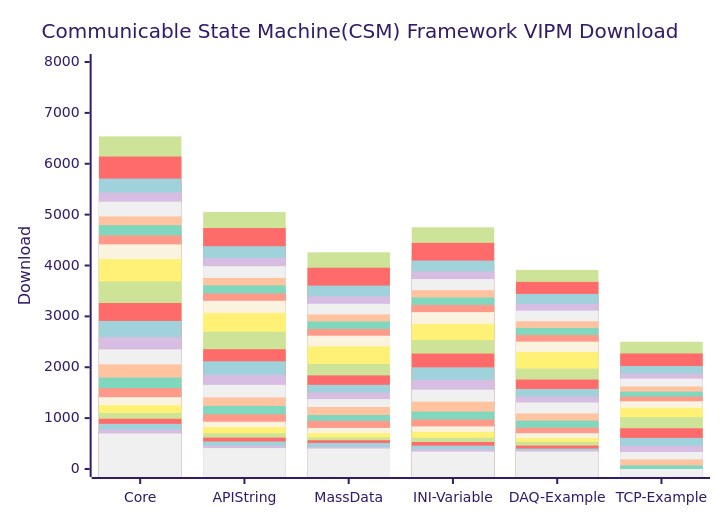
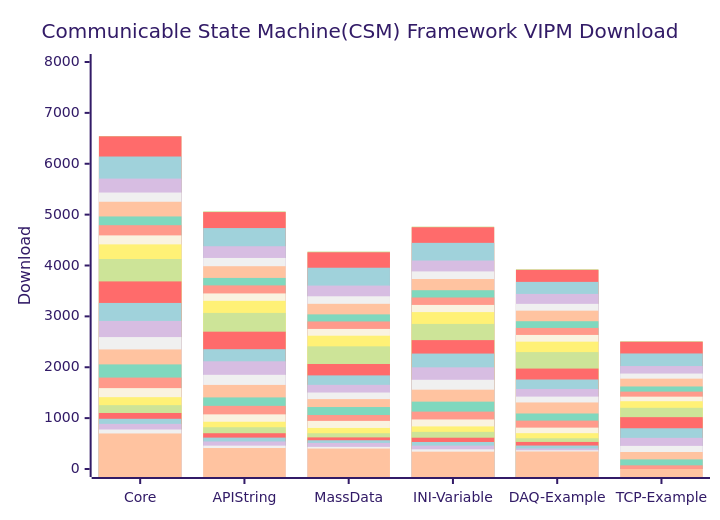
One commit to NEVSTOP-LAB/.github changed the diagram in profile/README.md. Above: the diagram before and after it, drawn with Mermaid (forest theme).

Commit message:
chore: update VIPM download counts

````diff
--- a/profile/README.md
+++ b/profile/README.md
@@ -38,31 +38,32 @@
 ```mermaid
     xychart-beta
     title "Communicable State Machine(CSM) Framework VIPM Download"
     x-axis [Core, API String, MassData, INI-Variable, DAQ-Example, TCP-Example]
     y-axis "Download" 0 --> 8000
+    bar   [6545, 5065, 4275, 4765, 3927, 2512, 2026.06]
     bar   [6538, 5050, 4260, 4752, 3914, 2501, 2026.05]
     bar   [6142, 4736, 3956, 4445, 3678, 2271, 2026.04]
     bar   [5708, 4379, 3605, 4097, 3441, 2024, 2026.03]
     bar   [5434, 4148, 3395, 3884, 3246, 1876, 2026.02]
     bar   [5253, 3986, 3247, 3734, 3112, 1776, 2026.01]
     bar   [4964, 3756, 3039, 3514, 2905, 1622, 2025.12]
     bar   [4792, 3609, 2900, 3371, 2773, 1521, 2025.11]
     bar   [4592, 3451, 2753, 3225, 2635, 1422, 2025.10]
     bar   [4415, 3306, 2620, 3084, 2503, 1332, 2025.09]
     bar   [4128, 3068, 2411, 2852, 2298, 1203, 2025.08]
     bar   [3687, 2699, 2064, 2533, 1974, 1019, 2025.07]
     bar   [3264, 2355, 1840, 2269, 1759, 801, 2025.06]
     bar   [2910, 2117, 1654, 1998, 1573, 612, 2025.05]
     bar   [2593, 1851, 1503, 1753, 1423, 454, 2025.04]
     bar   [2350, 1653, 1374, 1559, 1308, 334, 2025.03]
     bar   [2056, 1407, 1218, 1324, 1091, 189, 2025.02]
     bar   [1797, 1241, 1061, 1128, 951, 72, 2025.01]
     bar   [1590, 1074, 945, 974, 813, 0, 2024.12]
     bar   [1412, 929, 807, 837, 704, 0, 2024.11]
     bar   [1255, 821, 703, 730, 604, 0, 2024.10]
     bar   [1101, 703, 621, 615, 532, 0, 2024.09]
     bar   [987, 617, 565, 531, 461, 0, 2024.08]
     bar   [887, 541, 512, 459, 402, 0, 2024.07]
     bar   [776, 459, 435, 387, 369, 0, 2024.06]
     bar   [698, 412, 402, 341, 344, 0, 2024.05]
 ```
````
